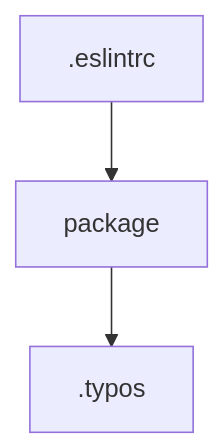
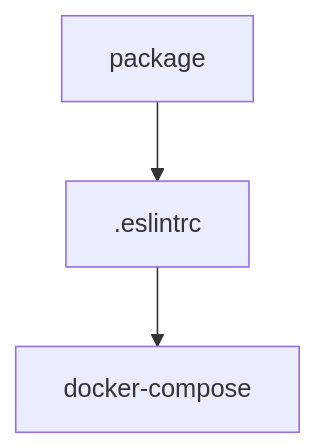
Before and after one commit to johnxie/awesome-code-docs: the diagram in tutorials/activepieces-tutorial/02-system-architecture-app-worker-engine.md, drawn with Mermaid. The commit also changed other lines of this file and 104 other files, not shown here.

````diff
--- a/tutorials/activepieces-tutorial/02-system-architecture-app-worker-engine.md
+++ b/tutorials/activepieces-tutorial/02-system-architecture-app-worker-engine.md
@@ -178,8 +183,8 @@
 ```mermaid
 flowchart TD
-    A[.eslintrc]
-    B[package]
-    C[.typos]
+    A[package]
+    B[.eslintrc]
+    C[docker-compose]
     A --> B
     B --> C
 ```
````
